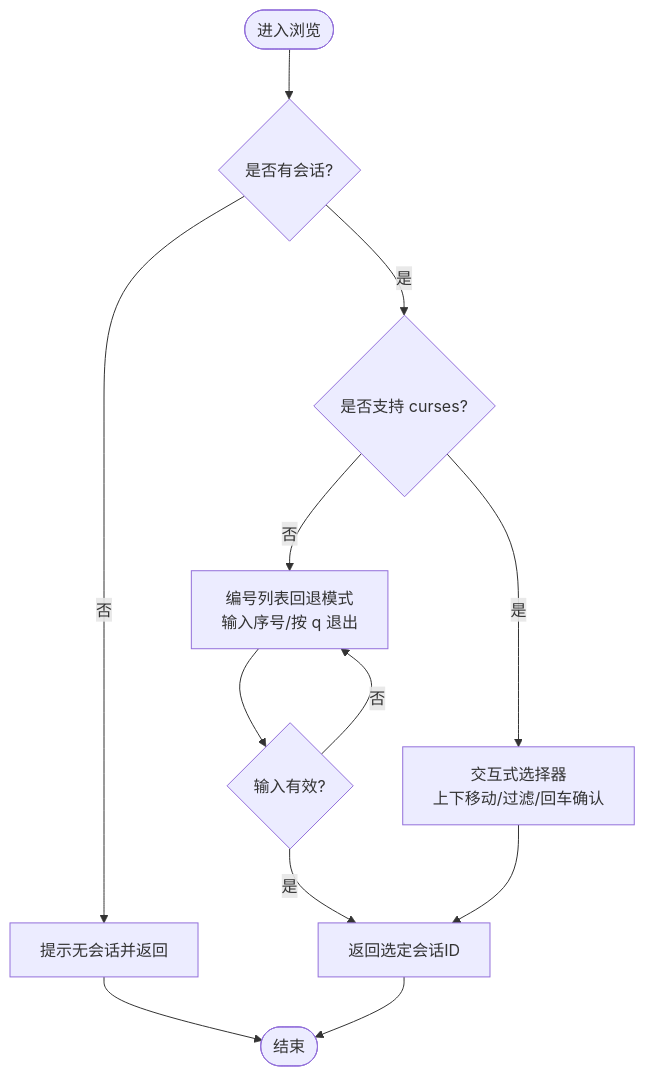
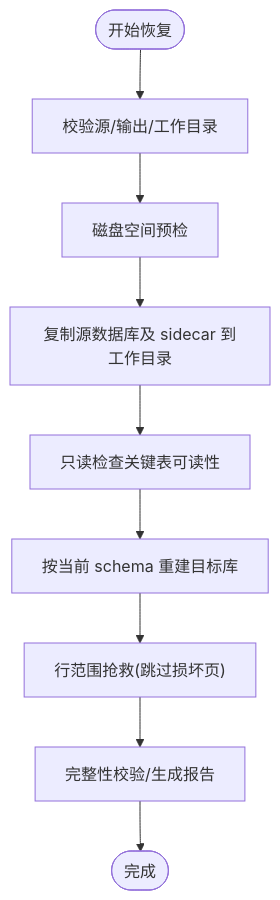
The sixth of 7 diagrams in .qoder/repowiki/zh/content/命令行界面/会话管理.md (haolange/hermes-agent), drawn with Mermaid before and after one commit. The commit also changed other lines of this file and 1206 other files, not shown here.

````diff
--- a/.qoder/repowiki/zh/content/命令行界面/会话管理.md
+++ b/.qoder/repowiki/zh/content/命令行界面/会话管理.md
@@ -296,14 +227,11 @@
 ```mermaid
 flowchart TD
-Start(["进入浏览"]) --> CheckEmpty{"是否有会话?"}
-CheckEmpty --> |否| NoSessions["提示无会话并返回"]
-CheckEmpty --> |是| Mode{"是否支持 curses?"}
-Mode --> |否| Fallback["编号列表回退模式<br/>输入序号/按 q 退出"]
-Mode --> |是| Interactive["交互式选择器<br/>上下移动/过滤/回车确认"]
-Fallback --> Validate{"输入有效?"}
-Validate --> |否| Fallback
-Validate --> |是| Select["返回选定会话ID"]
-Interactive --> Select
-NoSessions --> End(["结束"])
-Select --> End
+Start(["开始恢复"]) --> Validate["校验源/输出/工作目录"]
+Validate --> Space["磁盘空间预检"]
+Space --> Copy["复制源数据库及 sidecar 到工作目录"]
+Copy --> Inspect["只读检查关键表可读性"]
+Inspect --> Rebuild["按当前 schema 重建目标库"]
+Rebuild --> Salvage["行范围抢救(跳过损坏页)"]
+Salvage --> Verify["完整性校验/生成报告"]
+Verify --> Done(["完成"])
 ```
````
